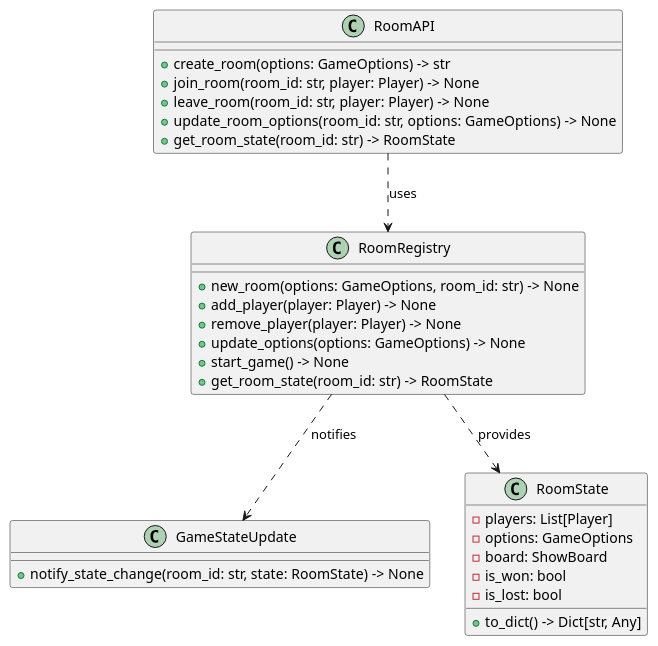
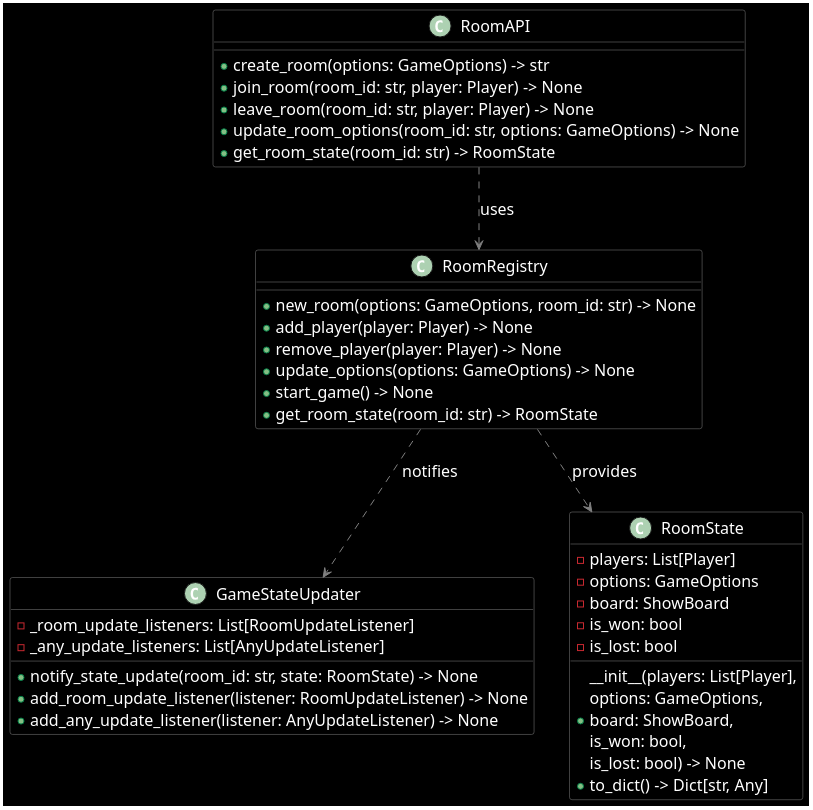
Before and after one commit to HampusSiik/minesweeper-with-friends: the diagram in doc/api-diagram.puml, drawn with PlantUML. The commit also changed 1 other file, not shown here.

Commit message:
Add GameStateUpdater class for managing game state updates and notifications

```diff
--- a/doc/api-diagram.puml
+++ b/doc/api-diagram.puml
@@ -1,37 +1,66 @@
 @startuml api
 
-class GameStateUpdate {
-    + notify_state_change(room_id: str, state: RoomState) -> None
+skinparam {
+
+    DefaultFontColor White
+    DefaultFontName Monospace
+    DefaultFontSize 16
+    DefaultBorderColor White
+    ArrowColor Gray
+
+    BackgroundColor Black
+    BorderColor Gray
+    FontColor White
+
+    class {
+        BackgroundColor Black
+        BorderColor Gray
+    }
+
+    package {
+        BackgroundColor Black
+        BorderColor Gray
+    }
+
+}
+
+class GameStateUpdater {
+    - _room_update_listeners: List[RoomUpdateListener]
+    - _any_update_listeners: List[AnyUpdateListener]
+    + notify_state_update(room_id: str, state: RoomState) -> None
+    + add_room_update_listener(listener: RoomUpdateListener) -> None
+    + add_any_update_listener(listener: AnyUpdateListener) -> None
 }
 
 class RoomState {
     - players: List[Player]
     - options: GameOptions
     - board: ShowBoard
     - is_won: bool
     - is_lost: bool
+    + __init__(players: List[Player],\noptions: GameOptions,\nboard: ShowBoard,\nis_won: bool,\nis_lost: bool) -> None
     + to_dict() -> Dict[str, Any]
 }
 
 class RoomAPI {
     + create_room(options: GameOptions) -> str
     + join_room(room_id: str, player: Player) -> None
     + leave_room(room_id: str, player: Player) -> None
     + update_room_options(room_id: str, options: GameOptions) -> None
     + get_room_state(room_id: str) -> RoomState
 }
 
 class "RoomRegistry" as Room {
     + new_room(options: GameOptions, room_id: str) -> None
     + add_player(player: Player) -> None
     + remove_player(player: Player) -> None
     + update_options(options: GameOptions) -> None
     + start_game() -> None
     + get_room_state(room_id: str) -> RoomState
 }
 
 RoomAPI ..> Room : "uses"
 Room ..> RoomState : "provides"
-Room ..> GameStateUpdate : "notifies"
+Room ..> GameStateUpdater : "notifies"
 
 @enduml
```
